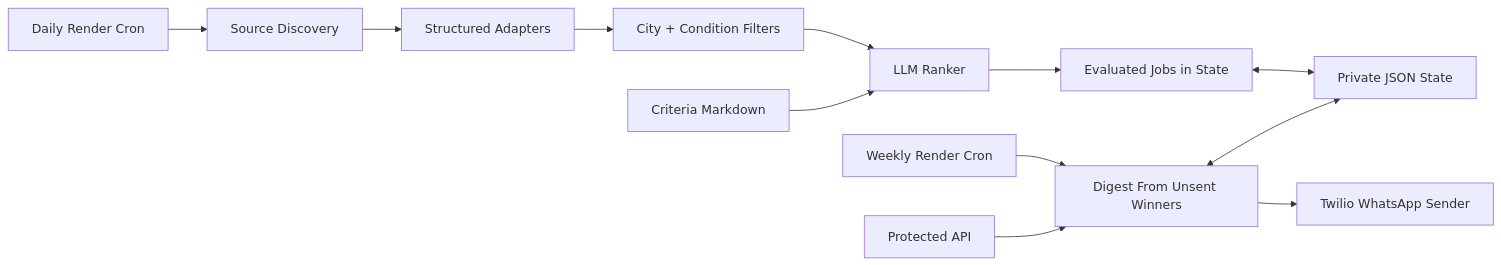
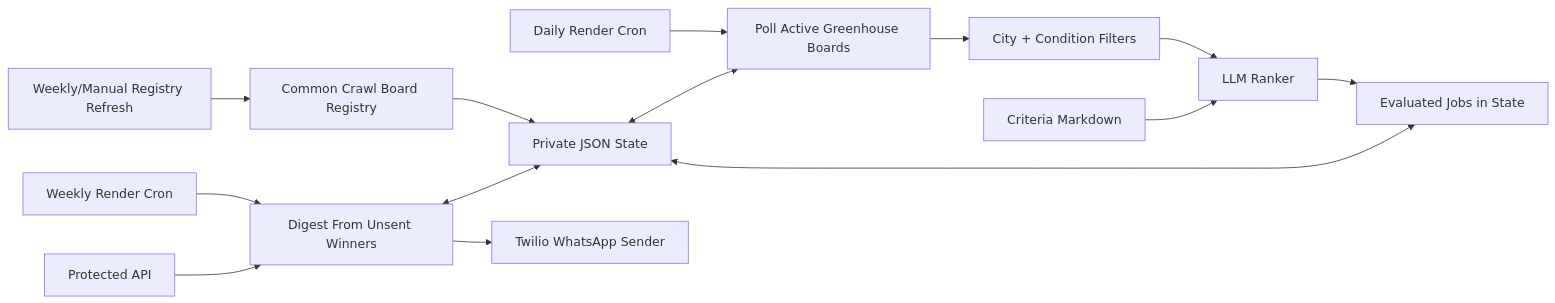
The diagram in README.md (GarrettAudet/schwarzman-opportunity-radar), drawn with Mermaid before and after one commit. The commit also changed other lines of this file and 15 other files, not shown here.

Commit message:
Add Common Crawl board registry discovery

````diff
--- a/README.md
+++ b/README.md
@@ -22,14 +22,16 @@
 ```mermaid
 flowchart LR
-    A[Daily Render Cron] --> B[Source Discovery]
-    B --> C[Structured Adapters]
-    C --> D[City + Condition Filters]
-    D --> E[LLM Ranker]
-    E --> F[Evaluated Jobs in State]
-    G[Weekly Render Cron] --> H[Digest From Unsent Winners]
-    H --> I[Twilio WhatsApp Sender]
-    J[Protected API] --> H
-    K[Criteria Markdown] --> E
-    F <--> L[Private JSON State]
-    H <--> L
+    A[Weekly/Manual Registry Refresh] --> B[Common Crawl Board Registry]
+    B --> C[Private JSON State]
+    D[Daily Render Cron] --> E[Poll Active Greenhouse Boards]
+    C <--> E
+    E --> F[City + Condition Filters]
+    F --> G[LLM Ranker]
+    G --> H[Evaluated Jobs in State]
+    H <--> C
+    I[Weekly Render Cron] --> J[Digest From Unsent Winners]
+    J <--> C
+    J --> K[Twilio WhatsApp Sender]
+    L[Protected API] --> J
+    M[Criteria Markdown] --> G
 ```
````
